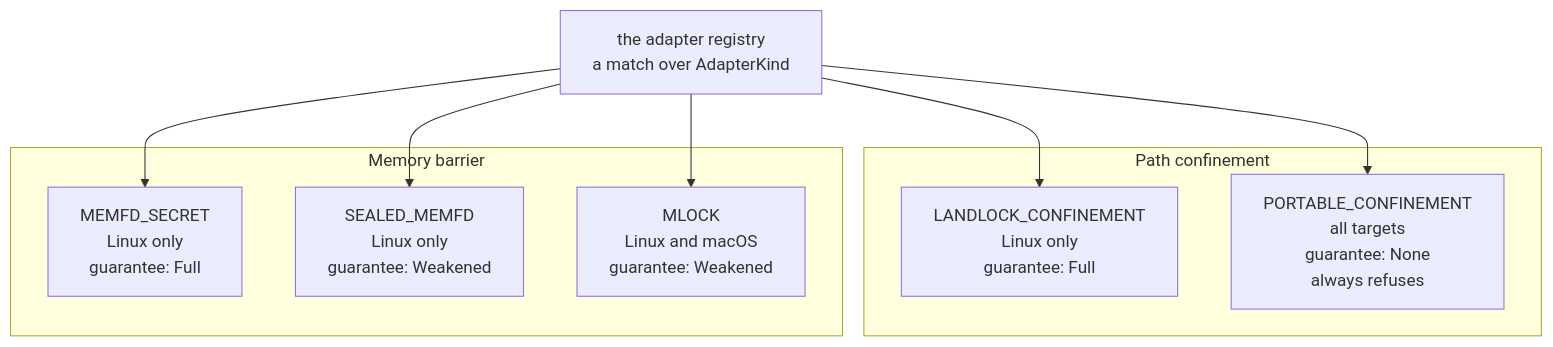
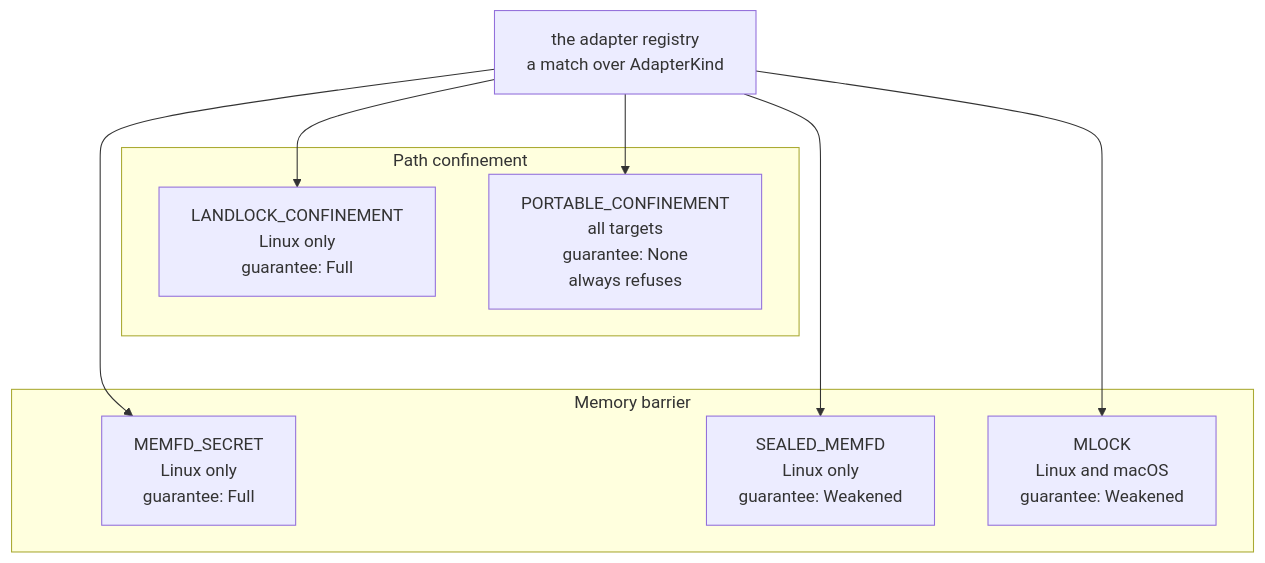
Before and after one commit to bruj0/keyspout: the third of 5 diagrams in site/docs/components/ksp-posture.md, drawn with Mermaid. The commit also changed other lines of this file and 22 other files, not shown here.

First line of the commit message:
feat(site): zoom every diagram, and make the wide ones vertical (#21)

````diff
--- a/site/docs/components/ksp-posture.md
+++ b/site/docs/components/ksp-posture.md
@@ -91,19 +93,20 @@
 ```mermaid
 graph TB
   subgraph Path["Path confinement"]
     LC1["LANDLOCK_CONFINEMENT<br/>Linux only<br/>guarantee: Full"]
     PC["PORTABLE_CONFINEMENT<br/>all targets<br/>guarantee: None<br/>always refuses"]
   end
   subgraph Mem["Memory barrier"]
     MS["MEMFD_SECRET<br/>Linux only<br/>guarantee: Full"]
     SM["SEALED_MEMFD<br/>Linux only<br/>guarantee: Weakened"]
     ML["MLOCK<br/>Linux and macOS<br/>guarantee: Weakened"]
   end
 
   REG["the adapter registry<br/>a match over AdapterKind"]
   REG --> LC1
   REG --> PC
   REG --> MS
   REG --> SM
   REG --> ML
+  Path ~~~ Mem
 ```
````
